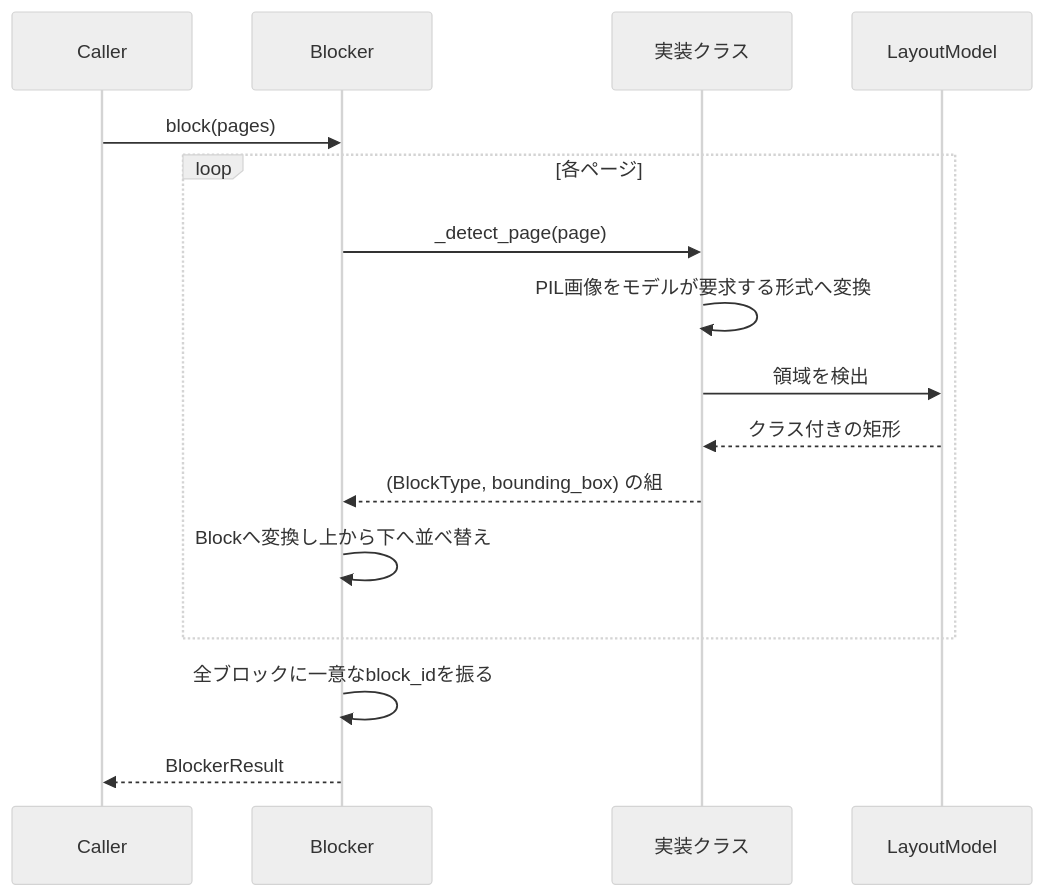
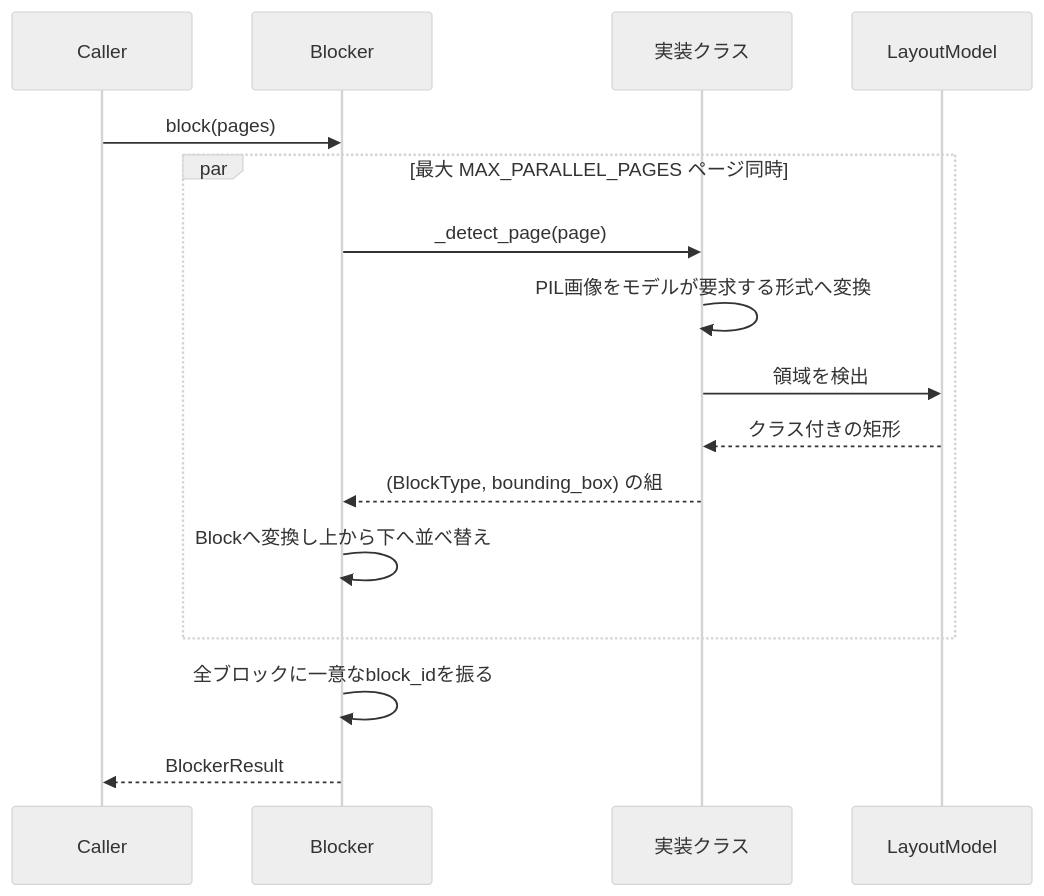
One commit to konbraphat51/SuperSuat changed the second of 2 diagrams in Uploader/OcrModule/Blocked/Docs/Blocker.ja.md. Above: the diagram before and after it, drawn with Mermaid (neutral theme). The commit also changed other lines of this file and 6 other files, not shown here.

````diff
--- a/Uploader/OcrModule/Blocked/Docs/Blocker.ja.md
+++ b/Uploader/OcrModule/Blocked/Docs/Blocker.ja.md
@@ -67,18 +71,18 @@
 ```mermaid
 sequenceDiagram
     participant Caller
     participant Blocker
     participant 実装クラス
     participant LayoutModel
     Caller->>Blocker: block(pages)
-    loop 各ページ
+    par 最大 MAX_PARALLEL_PAGES ページ同時
         Blocker->>実装クラス: _detect_page(page)
         実装クラス->>実装クラス: PIL画像をモデルが要求する形式へ変換
         実装クラス->>LayoutModel: 領域を検出
         LayoutModel-->>実装クラス: クラス付きの矩形
         実装クラス-->>Blocker: (BlockType, bounding_box) の組
         Blocker->>Blocker: Blockへ変換し上から下へ並べ替え
     end
     Blocker->>Blocker: 全ブロックに一意なblock_idを振る
     Blocker-->>Caller: BlockerResult
 ```
````
